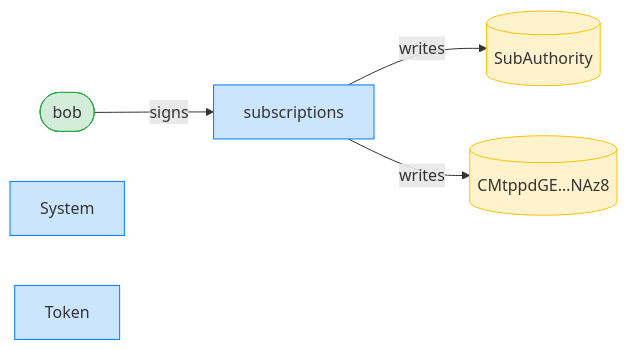
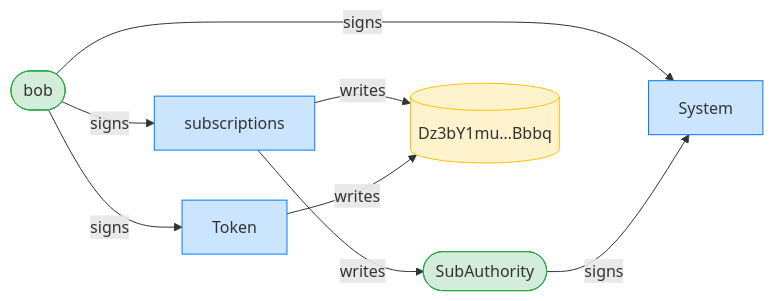
Before and after one commit to cds-rs/subscriptions: diagram 11 of 16 in dsl_tests/recurring-transfer-delegator-mismatch-exploit-is-blocked.md, drawn with Mermaid. The commit also changed other lines of this file and 224 other files, not shown here.

````diff
--- a/dsl_tests/recurring-transfer-delegator-mismatch-exploit-is-blocked.md
+++ b/dsl_tests/recurring-transfer-delegator-mismatch-exploit-is-blocked.md
@@ -211,15 +220,19 @@
 ```mermaid
 flowchart LR
     classDef signer fill:#d4edda,stroke:#28a745;
     classDef program fill:#cce5ff,stroke:#007bff;
     classDef writable fill:#fff3cd,stroke:#ffc107;
     subscriptions[subscriptions]:::program
     bob([bob]):::signer
-    SubAuthority[(SubAuthority)]:::writable
-    CMtppdGE_NAz8[("CMtppdGE…NAz8")]:::writable
+    SubAuthority([SubAuthority]):::signer
+    Dz3bY1mu_Bbbq[("Dz3bY1mu…Bbbq")]:::writable
     System[System]:::program
     Token[Token]:::program
     bob -->|signs| subscriptions
+    bob -->|signs| System
+    SubAuthority -->|signs| System
+    bob -->|signs| Token
     subscriptions -->|writes| SubAuthority
-    subscriptions -->|writes| CMtppdGE_NAz8
+    subscriptions -->|writes| Dz3bY1mu_Bbbq
+    Token -->|writes| Dz3bY1mu_Bbbq
 ```
````
